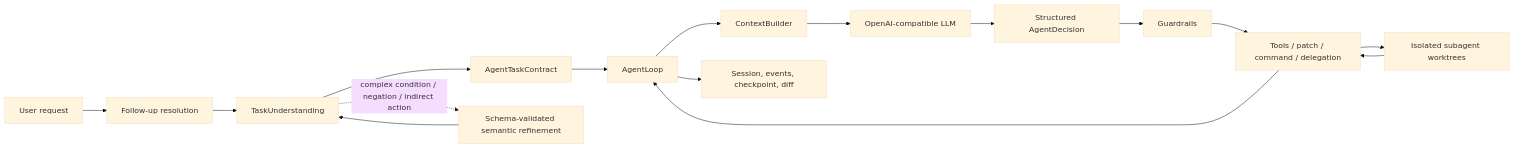
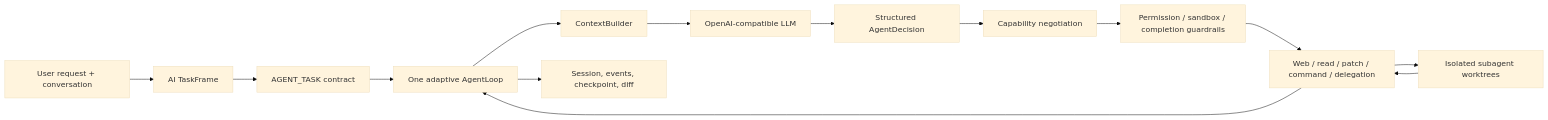
One commit to yyzxide/mini-agent changed the diagram in README.md. Above: the diagram before and after it, drawn with Mermaid (base theme). The commit also changed other lines of this file and 88 other files, not shown here.

Commit message:
refactor(agent): unify semantic control plane

````diff
--- a/README.md
+++ b/README.md
@@ -19,19 +19,17 @@
 ```mermaid
 flowchart LR
-    U["User request"] --> F["Follow-up resolution"]
-    F --> TU["TaskUnderstanding"]
-    TU --> TC["AgentTaskContract"]
-    TC --> AL["AgentLoop"]
+    U["User request + conversation"] --> TF["AI TaskFrame"]
+    TF --> TC["AGENT_TASK contract"]
+    TC --> AL["One adaptive AgentLoop"]
     AL --> CB["ContextBuilder"]
     CB --> LLM["OpenAI-compatible LLM"]
     LLM --> D["Structured AgentDecision"]
-    D --> G["Guardrails"]
-    G --> T["Tools / patch / command / delegation"]
+    D --> N["Capability negotiation"]
+    N --> G["Permission / sandbox / completion guardrails"]
+    G --> T["Web / read / patch / command / delegation"]
     T --> AL
     AL --> S["Session, events, checkpoint, diff"]
 
-    TU -. "complex condition / negation / indirect action" .-> SR["Schema-validated semantic refinement"]
-    SR --> TU
     T --> SA["Isolated subagent worktrees"]
     SA --> T
 ```
````
